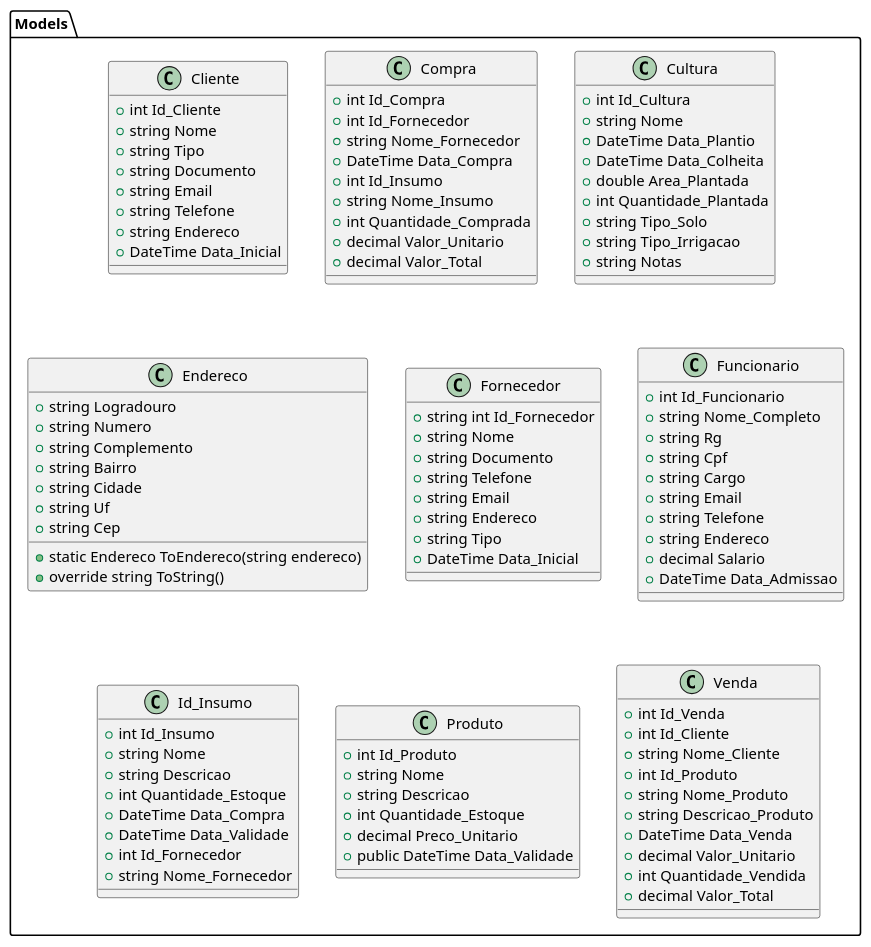
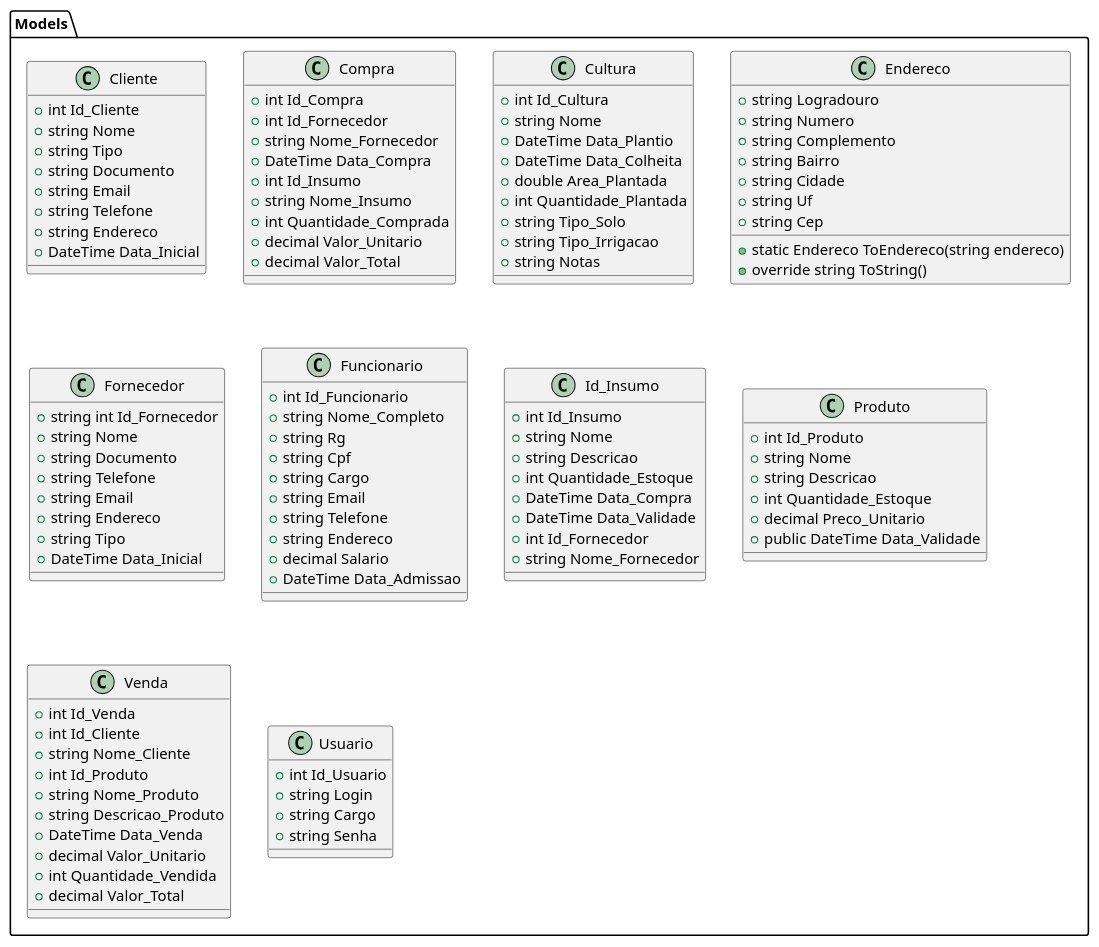
One commit to RTheodoro4201/PIM-IV-WinForms changed the diagram in Docs/Diagramas/Classes/Models/Models.puml. Above: the diagram before and after it, drawn with PlantUML. The commit also changed 29 other files, not shown here.

```diff
--- a/Docs/Diagramas/Classes/Models/Models.puml
+++ b/Docs/Diagramas/Classes/Models/Models.puml
@@ -1,120 +1,128 @@
 @startuml
 'https://plantuml.com/class-diagram
 
 package Models
 {
     class Cliente
     {
         + int Id_Cliente
         + string Nome
         + string Tipo
         + string Documento
         + string Email
         + string Telefone
         + string Endereco
         + DateTime Data_Inicial
     }
 
     class Compra
     {
         + int Id_Compra
         + int Id_Fornecedor
         + string Nome_Fornecedor
         + DateTime Data_Compra
         + int Id_Insumo
         + string Nome_Insumo
         + int Quantidade_Comprada
         + decimal Valor_Unitario
         + decimal Valor_Total
     }
 
     class Cultura
     {
         + int Id_Cultura
         + string Nome
         + DateTime Data_Plantio
         + DateTime Data_Colheita
         + double Area_Plantada
         + int Quantidade_Plantada
         + string Tipo_Solo
         + string Tipo_Irrigacao
         + string Notas
     }
 
     class Endereco
     {
         + string Logradouro
         + string Numero
         + string Complemento
         + string Bairro
         + string Cidade
         + string Uf
         + string Cep
         + static Endereco ToEndereco(string endereco)
         + override string ToString()
     }
 
     class Fornecedor
     {
         + string int Id_Fornecedor
         + string Nome
         + string Documento
         + string Telefone
         + string Email
         + string Endereco
         + string Tipo
         + DateTime Data_Inicial
     }
 
     class Funcionario
     {
         + int Id_Funcionario
         + string Nome_Completo
         + string Rg
         + string Cpf
         + string Cargo
         + string Email
         + string Telefone
         + string Endereco
         + decimal Salario
         + DateTime Data_Admissao
     }
 
     class Id_Insumo
     {
         + int Id_Insumo
         + string Nome
         + string Descricao
         + int Quantidade_Estoque
         + DateTime Data_Compra
         + DateTime Data_Validade
         + int Id_Fornecedor
         + string Nome_Fornecedor
     }
 
     class Produto
     {
         + int Id_Produto
         + string Nome
         + string Descricao
         + int Quantidade_Estoque
         + decimal Preco_Unitario
         + public DateTime Data_Validade
     }
 
     class Venda
     {
         + int Id_Venda
         + int Id_Cliente
         + string Nome_Cliente
         + int Id_Produto
         + string Nome_Produto
         + string Descricao_Produto
         + DateTime Data_Venda
         + decimal Valor_Unitario
         + int Quantidade_Vendida
         + decimal Valor_Total
     }
+
+    class Usuario
+    {
+        + int Id_Usuario
+        + string Login
+        + string Cargo
+        + string Senha
+    }
 }
 
 @enduml
```
